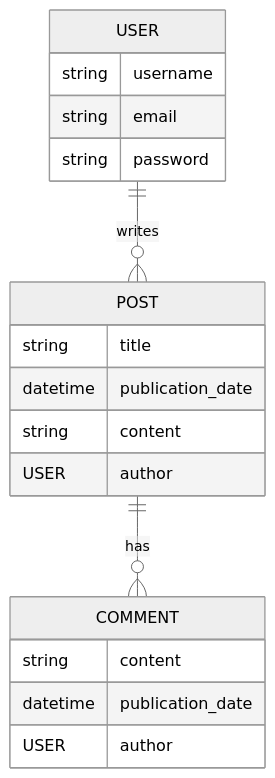
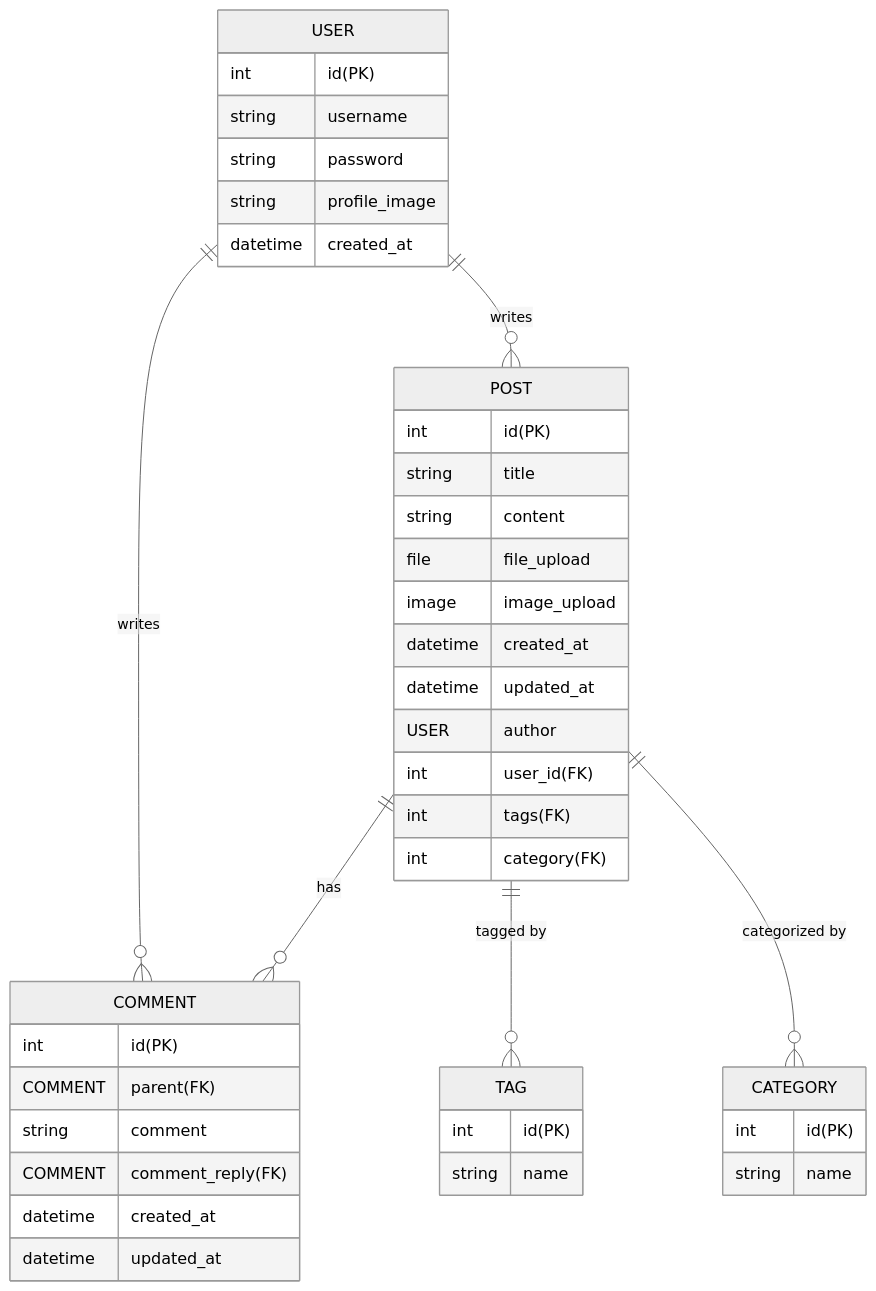
One commit to JoohyungDev/movie-review-blog changed the second of 2 diagrams in README.md. Above: the diagram before and after it, drawn with Mermaid (neutral theme).

````diff
--- a/README.md
+++ b/README.md
@@ -155,21 +155,44 @@
 ```mermaid
 erDiagram
     USER ||--o{ POST : "writes"
+    USER ||--o{ COMMENT : "writes"
     USER {
+        int id(PK)
         string username
-        string email
         string password
+        string profile_image
+        datetime created_at
     }
     POST ||--o{ COMMENT : "has"
+    POST ||--o{ TAG : "tagged by"
+    POST ||--o{ CATEGORY : "categorized by"
     POST {
+        int id(PK)
         string title
-        datetime publication_date
         string content
+        file file_upload
+        image image_upload
+        datetime created_at
+        datetime updated_at
         USER author
+        int user_id(FK)
+        int tags(FK)
+        int category(FK)
+    }
+    CATEGORY {
+        int id(PK)
+        string name
+    }
+    TAG {
+        int id(PK)
+        string name
     }
     COMMENT {
-        string content
-        datetime publication_date
-        USER author
+        int id(PK)
+        COMMENT parent(FK)
+        string comment
+        COMMENT comment_reply(FK)
+        datetime created_at
+        datetime updated_at
     }
 ```
````
